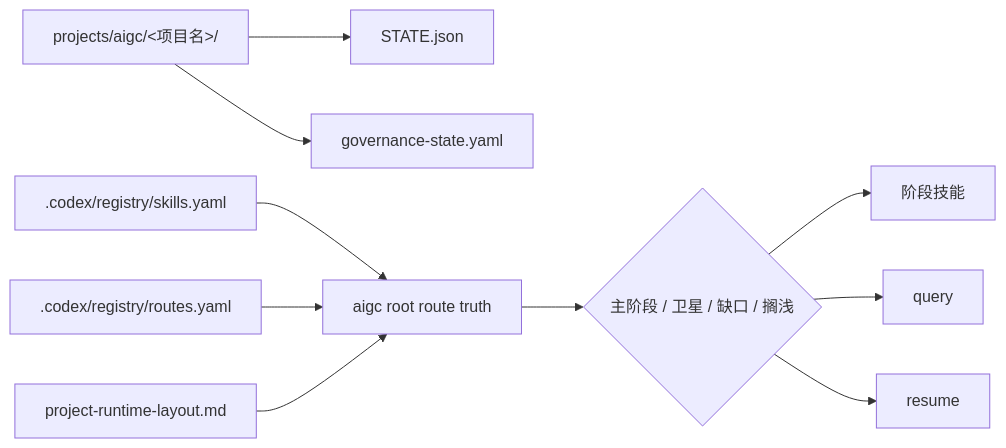
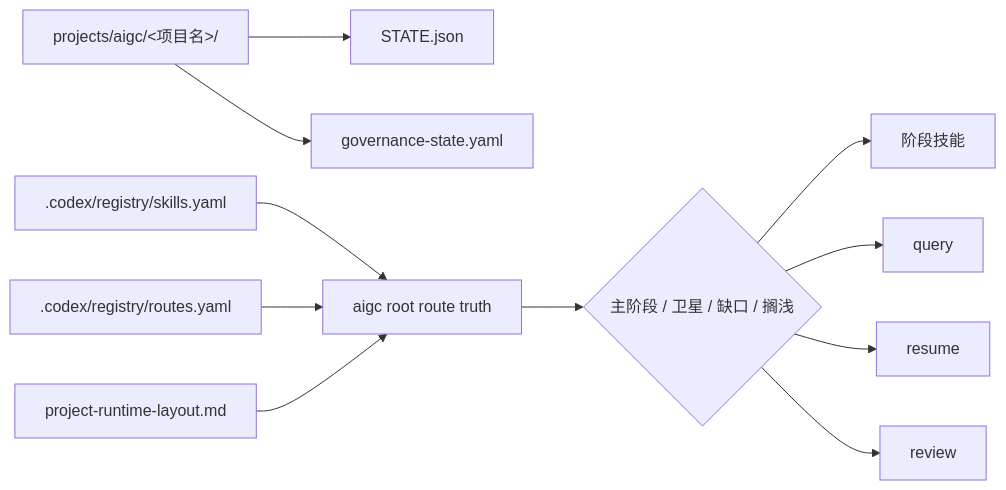
The second of 4 diagrams in .agents/skills/aigc/SKILL.md (ZEN-VOID/AI-CUT), drawn with Mermaid before and after one commit. The commit also changed other lines of this file and 177 other files, not shown here.

````diff
--- a/.agents/skills/aigc/SKILL.md
+++ b/.agents/skills/aigc/SKILL.md
@@ -102,12 +102,13 @@
 ```mermaid
 flowchart LR
     A["projects/aigc/<项目名>/"] --> B["STATE.json"]
     A --> C["governance-state.yaml"]
     D[".codex/registry/skills.yaml"] --> E["aigc root route truth"]
     F[".codex/registry/routes.yaml"] --> E
     G["project-runtime-layout.md"] --> E
     E --> H{"主阶段 / 卫星 / 缺口 / 搁浅"}
     H --> I["阶段技能"]
     H --> J["query"]
     H --> K["resume"]
+    H --> L["review"]
 ```
````
